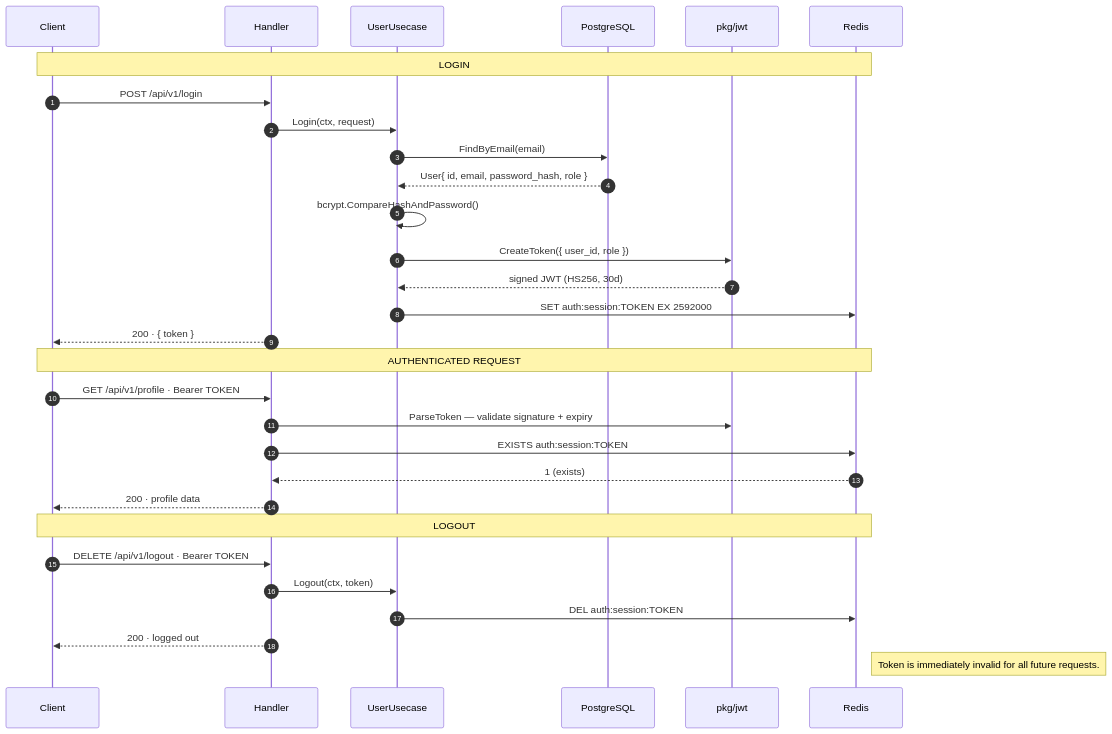
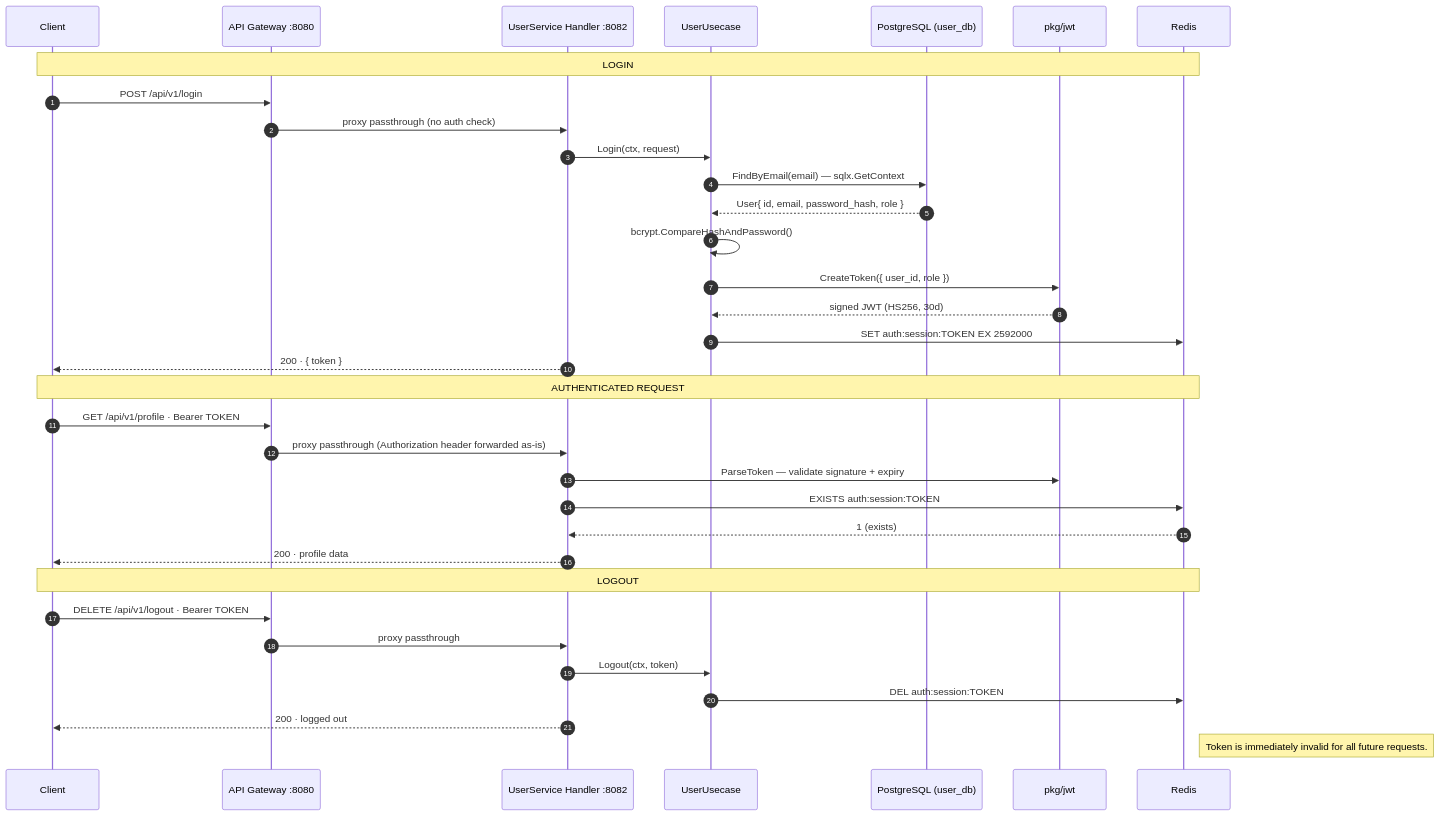
The second of 6 diagrams in README.md (Mpayy/e-commerce), drawn with Mermaid before and after one commit. The commit also changed other lines of this file and 2 other files, not shown here.

````diff
--- a/README.md
+++ b/README.md
@@ -160,35 +198,39 @@
 ```mermaid
 sequenceDiagram
     autonumber
     participant C as Client
-    participant H as Handler
+    participant GW as API Gateway :8080
+    participant H as UserService Handler :8082
     participant U as UserUsecase
-    participant DB as PostgreSQL
+    participant DB as PostgreSQL (user_db)
     participant J as pkg/jwt
     participant R as Redis
 
     Note over C,R: LOGIN
-    C->>H: POST /api/v1/login
+    C->>GW: POST /api/v1/login
+    GW->>H: proxy passthrough (no auth check)
     H->>U: Login(ctx, request)
-    U->>DB: FindByEmail(email)
+    U->>DB: FindByEmail(email) — sqlx.GetContext
     DB-->>U: User{ id, email, password_hash, role }
     U->>U: bcrypt.CompareHashAndPassword()
     U->>J: CreateToken({ user_id, role })
     J-->>U: signed JWT (HS256, 30d)
     U->>R: SET auth:session:TOKEN EX 2592000
     H-->>C: 200 · { token }
 
     Note over C,R: AUTHENTICATED REQUEST
-    C->>H: GET /api/v1/profile · Bearer TOKEN
+    C->>GW: GET /api/v1/profile · Bearer TOKEN
+    GW->>H: proxy passthrough (Authorization header forwarded as-is)
     H->>J: ParseToken — validate signature + expiry
     H->>R: EXISTS auth:session:TOKEN
     R-->>H: 1 (exists)
     H-->>C: 200 · profile data
 
     Note over C,R: LOGOUT
-    C->>H: DELETE /api/v1/logout · Bearer TOKEN
+    C->>GW: DELETE /api/v1/logout · Bearer TOKEN
+    GW->>H: proxy passthrough
     H->>U: Logout(ctx, token)
     U->>R: DEL auth:session:TOKEN
     H-->>C: 200 · logged out
     Note right of R: Token is immediately invalid for all future requests.
 ```
````
